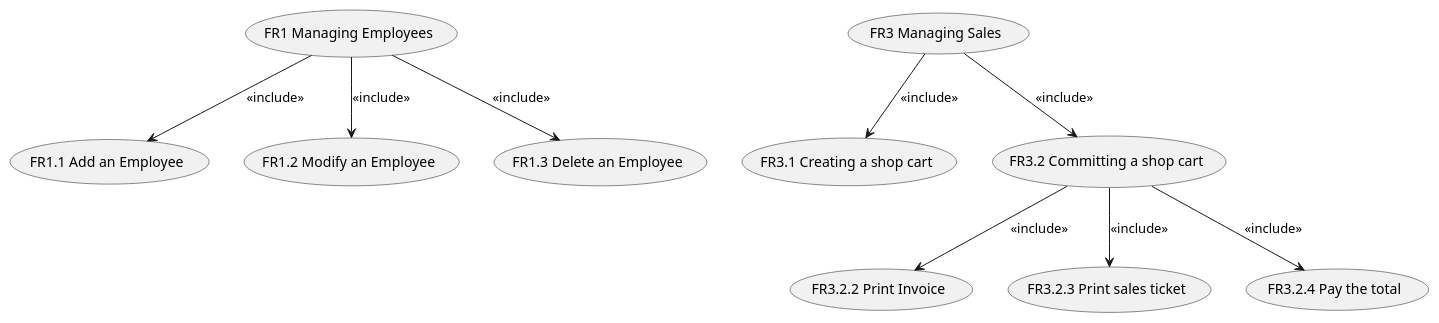
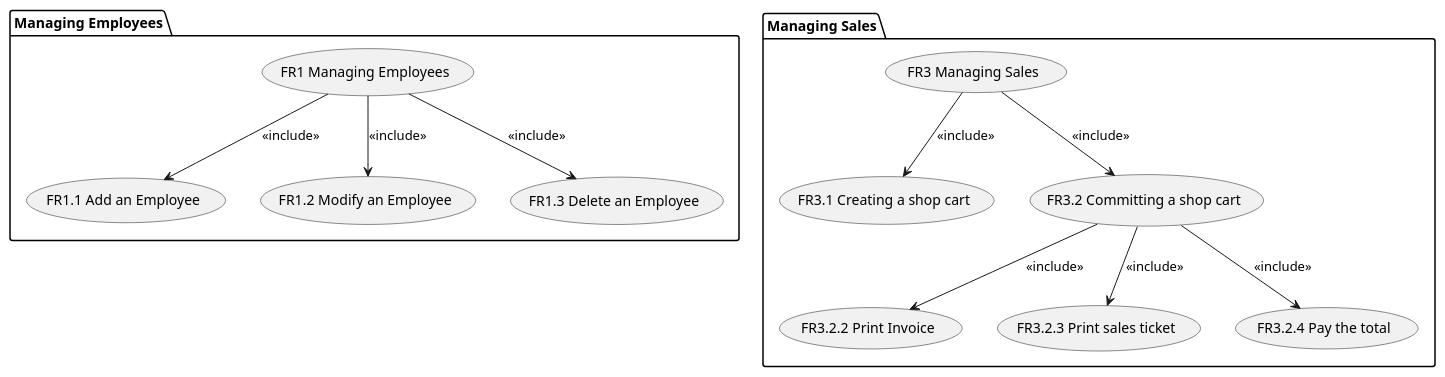
Before and after one commit to thegabriele97/EzShop: the third of 7 diagrams in Deliverables/RequirementsDocument.md, drawn with PlantUML. The commit also changed other lines of this file, not shown here.

Commit message:
docs: UCD updated

````diff
--- a/Deliverables/RequirementsDocument.md
+++ b/Deliverables/RequirementsDocument.md
@@ -273,25 +274,28 @@
 ```plantuml
-usecase "FR1 Managing Employees" as memployee
-usecase "FR1.1 Add an Employee" as addemployee
-usecase "FR1.2 Modify an Employee" as modifyemployee
-usecase "FR1.3 Delete an Employee" as rememployee
+package "Managing Employees" {
+    usecase "FR1 Managing Employees" as memployee
+    usecase "FR1.1 Add an Employee" as addemployee
+    usecase "FR1.2 Modify an Employee" as modifyemployee
+    usecase "FR1.3 Delete an Employee" as rememployee
 
-memployee --> addemployee : <<include>>
-memployee --> modifyemployee : <<include>>
-memployee --> rememployee : <<include>>
+    memployee --> addemployee : <<include>>
+    memployee --> modifyemployee : <<include>>
+    memployee --> rememployee : <<include>>
+}
 
+package "Managing Sales" {
+    usecase "FR3 Managing Sales" as mngsales
+    usecase "FR3.1 Creating a shop cart" as addshopcart
+    usecase "FR3.2 Committing a shop cart" as confirmcart
+    usecase "FR3.2.2 Print Invoice" as printinvoice
+    usecase "FR3.2.3 Print sales ticket" as printicket
+    usecase "FR3.2.4 Pay the total" as paytotal
 
-usecase "FR3 Managing Sales" as mngsales
-usecase "FR3.1 Creating a shop cart" as addshopcart
-usecase "FR3.2 Committing a shop cart" as confirmcart
-usecase "FR3.2.2 Print Invoice" as printinvoice
-usecase "FR3.2.3 Print sales ticket" as printicket
-usecase "FR3.2.4 Pay the total" as paytotal
+    mngsales --> addshopcart : <<include>>
+    mngsales --> confirmcart : <<include>>
 
-mngsales --> addshopcart : <<include>>
-mngsales --> confirmcart : <<include>>
-
-confirmcart --> printinvoice : <<include>>
-confirmcart --> printicket : <<include>>
-confirmcart --> paytotal : <<include>>
+    confirmcart --> printinvoice : <<include>>
+    confirmcart --> printicket : <<include>>
+    confirmcart --> paytotal : <<include>>
+}
 ```
````
